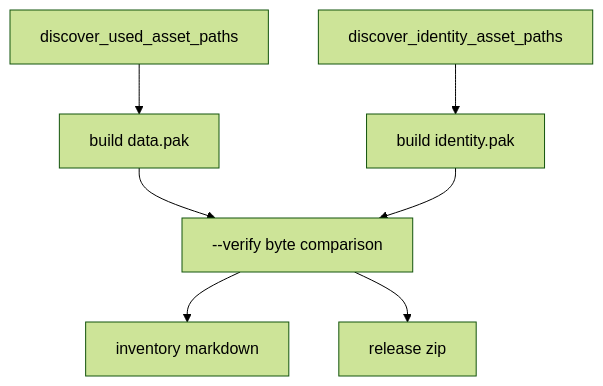
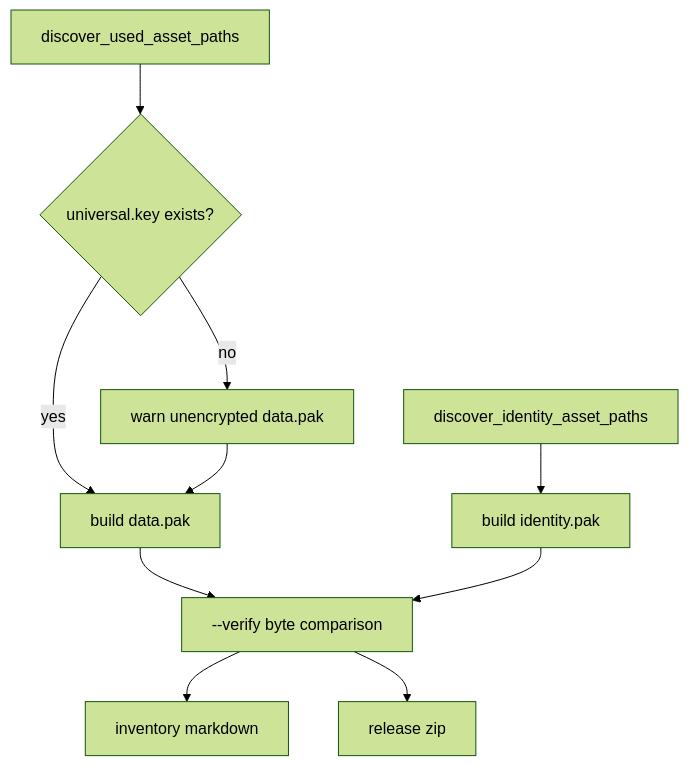
The sixth of 8 diagrams in src/content/docs/pages/architecture/protection-and-tamper-boundaries.md (soulwax/EchoWiki), drawn with Mermaid (forest theme) before and after one commit. The commit also changed other lines of this file and 5 other files, not shown here.

Commit message:
docs: update data pack encryption key guidance

````diff
--- a/src/content/docs/pages/architecture/protection-and-tamper-boundaries.md
+++ b/src/content/docs/pages/architecture/protection-and-tamper-boundaries.md
@@ -203,15 +205,20 @@
 ```mermaid
 flowchart TD
     discover[discover_used_asset_paths]
+    key{universal.key exists?}
     identitydiscover[discover_identity_asset_paths]
     builddata[build data.pak]
+    warn[warn unencrypted data.pak]
     buildidentity[build identity.pak]
     verify[--verify byte comparison]
     inventory[inventory markdown]
     release[release zip]
 
-    discover --> builddata --> verify
+    discover --> key
+    key -- yes --> builddata
+    key -- no --> warn --> builddata
+    builddata --> verify
     identitydiscover --> buildidentity --> verify
     verify --> inventory
     verify --> release
 ```
````
